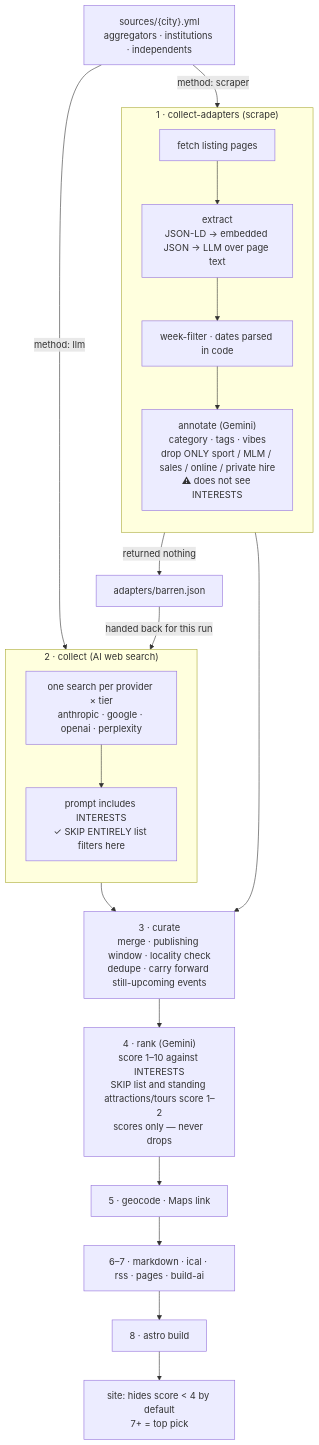
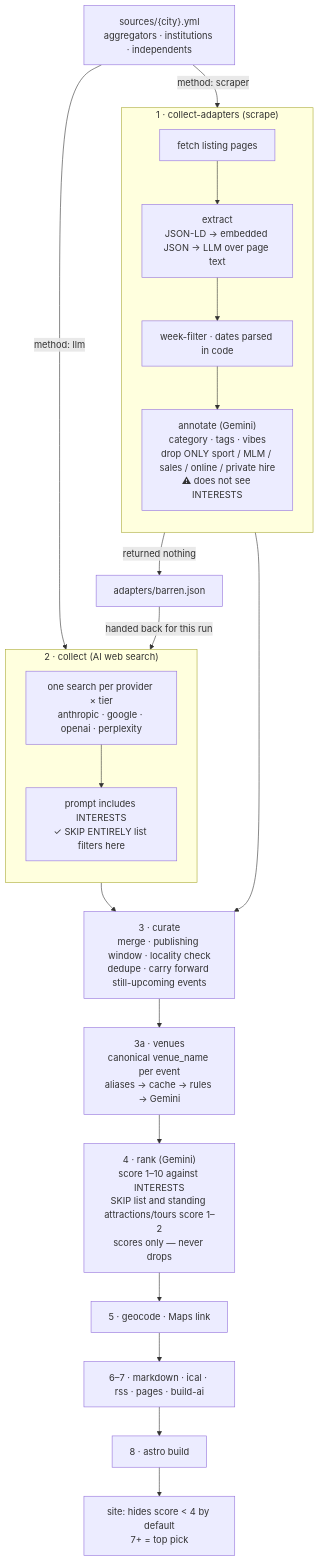
The diagram in README.md (Amnesthesia/eventyr), drawn with Mermaid before and after one commit. The commit also changed 45 other files, not shown here.

````diff
--- a/README.md
+++ b/README.md
@@ -47,32 +47,33 @@
 ```mermaid
 flowchart TD
     SRC["sources/{city}.yml<br/>aggregators · institutions · independents"]
 
     SRC -->|method: scraper| SCRAPE
     SRC -->|method: llm| SEARCH
 
     subgraph SCRAPE["1 · collect-adapters (scrape)"]
         direction TB
         F[fetch listing pages] --> X["extract<br/>JSON-LD → embedded JSON → LLM over page text"]
         X --> W[week-filter · dates parsed in code]
         W --> A["annotate (Gemini)<br/>category · tags · vibes<br/>drop ONLY sport / MLM / sales / online / private hire<br/>⚠ does not see INTERESTS"]
     end
 
     A -->|returned nothing| BARREN[adapters/barren.json]
     BARREN -->|handed back for this run| SEARCH
 
     subgraph SEARCH["2 · collect (AI web search)"]
         direction TB
         P["one search per provider × tier<br/>anthropic · google · openai · perplexity"]
         P --> FMT["prompt includes INTERESTS<br/>✓ SKIP ENTIRELY list filters here"]
     end
 
     A --> CUR
     FMT --> CUR
     CUR["3 · curate<br/>merge · publishing window · locality check<br/>dedupe · carry forward still-upcoming events"]
-    CUR --> RANK["4 · rank (Gemini)<br/>score 1–10 against INTERESTS<br/>SKIP list and standing attractions/tours score 1–2<br/>scores only — never drops"]
+    CUR --> VEN["3a · venues<br/>canonical venue_name per event<br/>aliases → cache → rules → Gemini"]
+    VEN --> RANK["4 · rank (Gemini)<br/>score 1–10 against INTERESTS<br/>SKIP list and standing attractions/tours score 1–2<br/>scores only — never drops"]
     RANK --> GEO[5 · geocode · Maps link]
     GEO --> OUT["6–7 · markdown · ical · rss · pages · build-ai"]
     OUT --> BUILD[8 · astro build]
     BUILD --> SITE["site: hides score &lt; 4 by default<br/>7+ = top pick"]
 ```
````
